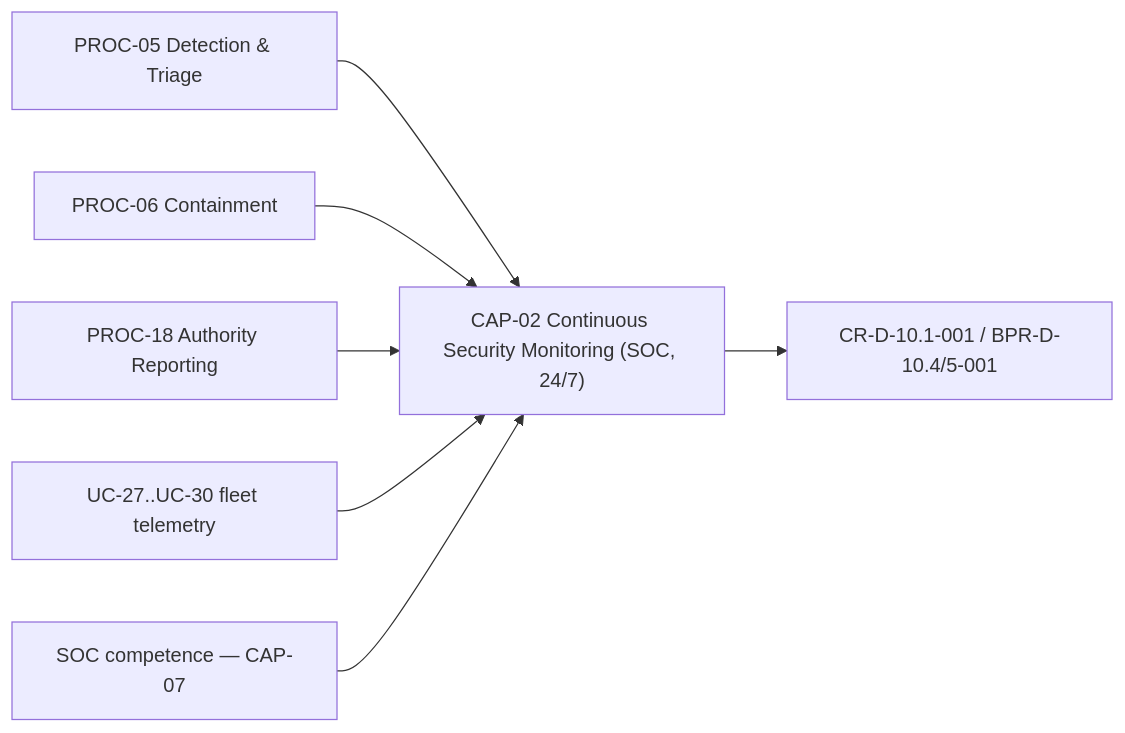
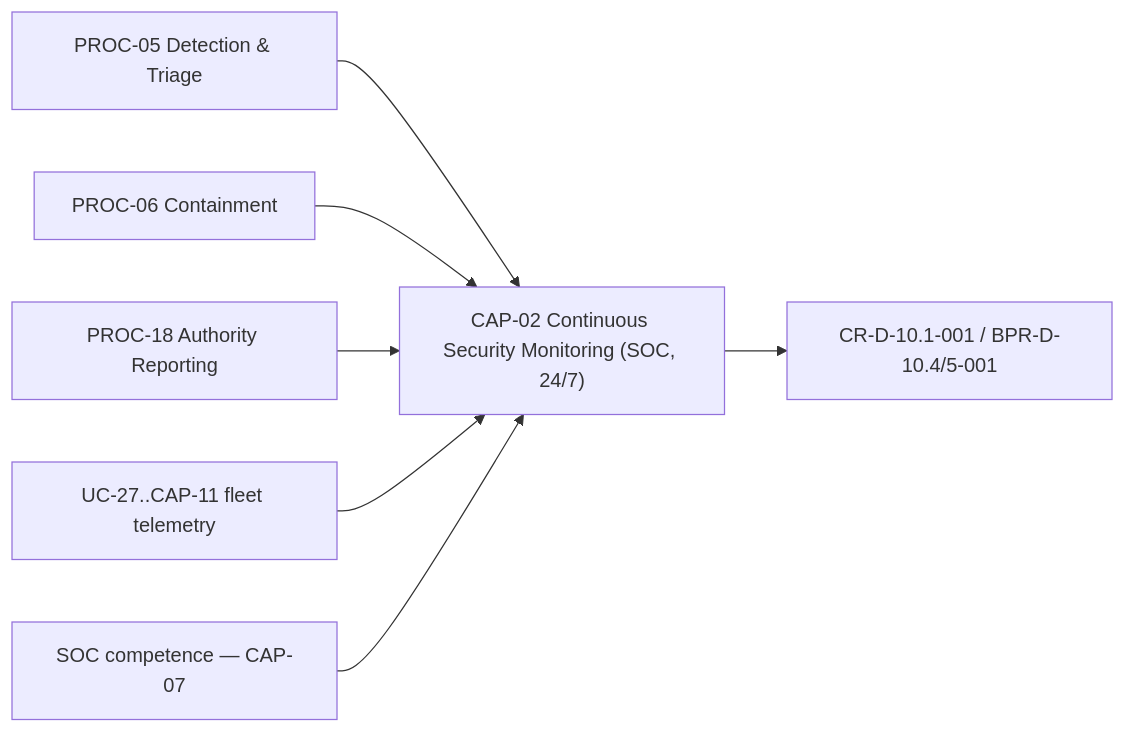
The third of 39 diagrams in 02_CASES/Case_02_SecureBorder_Solutions/03_PHASE3_DECOMPOSITION/Doc31_Process_Capability_Cards.md (pauloribeiro16/Methodology_compact), drawn with Mermaid before and after one commit. The commit also changed other lines of this file and 12 other files, not shown here.

Commit message:
[EXECUTOR] F3 ledger-zero C2: 2 borderline re-laned (UC-30/33 → CAP-11/12, P7) + product renumber UC-16..34; Doc21 v1.7 (34 UCs) + Doc31 v1.3 (12 CAP cards + articulation) + annexes/SVGs re-rendered; gates: verify_rich 8/8 (34=34), audit 100%, mermaid 196/196

````diff
--- a/02_CASES/Case_02_SecureBorder_Solutions/03_PHASE3_DECOMPOSITION/Doc31_Process_Capability_Cards.md
+++ b/02_CASES/Case_02_SecureBorder_Solutions/03_PHASE3_DECOMPOSITION/Doc31_Process_Capability_Cards.md
@@ -235,9 +235,9 @@
 ```mermaid
 graph LR
     CAP["CAP-02 Continuous Security Monitoring (SOC, 24/7)"] --> R1["CR-D-10.1-001 / BPR-D-10.4/5-001"]
     P1["PROC-05 Detection & Triage"] --> CAP
     P2["PROC-06 Containment"] --> CAP
     P3["PROC-18 Authority Reporting"] --> CAP
-    T1["UC-27..UC-30 fleet telemetry"] --> CAP
+    T1["UC-27..CAP-11 fleet telemetry"] --> CAP
     C1["SOC competence — CAP-07"] --> CAP
 ```
````
